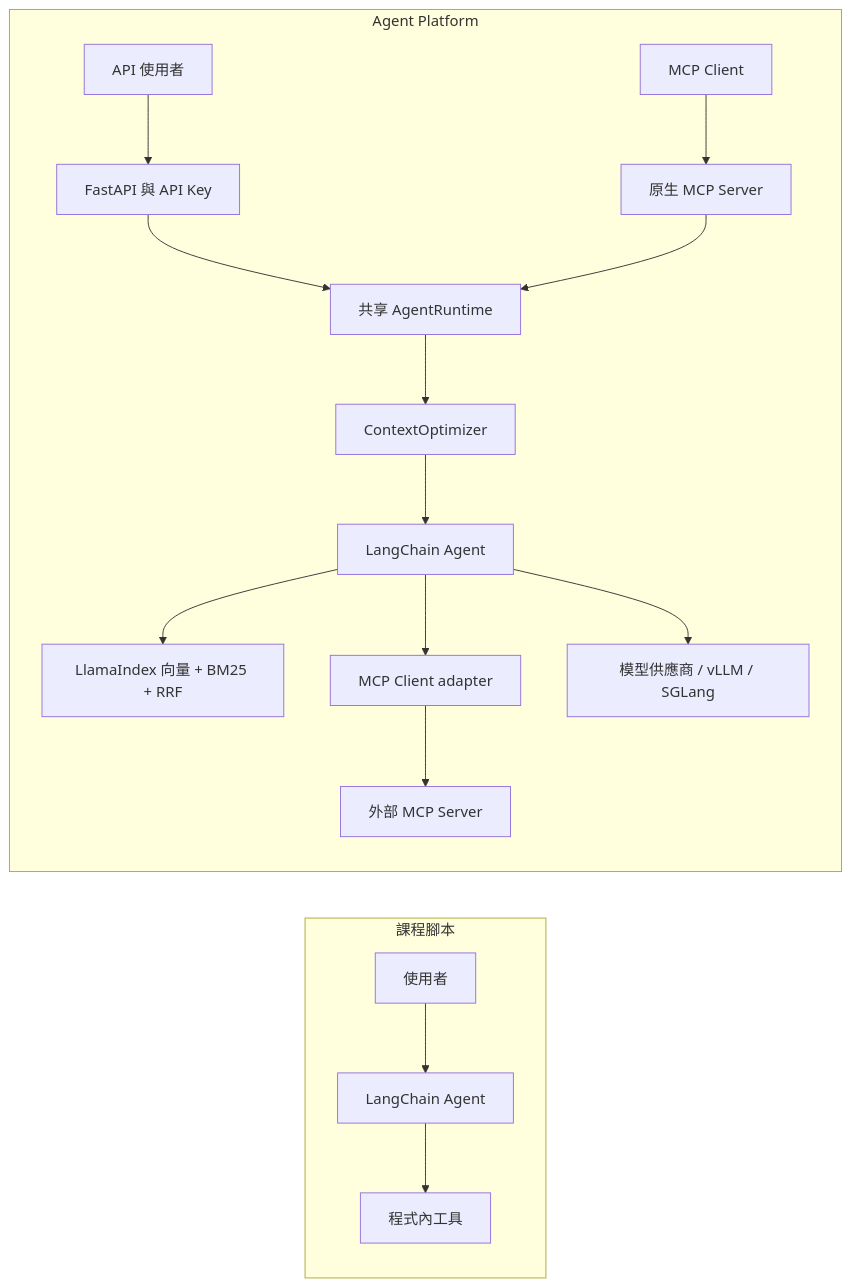
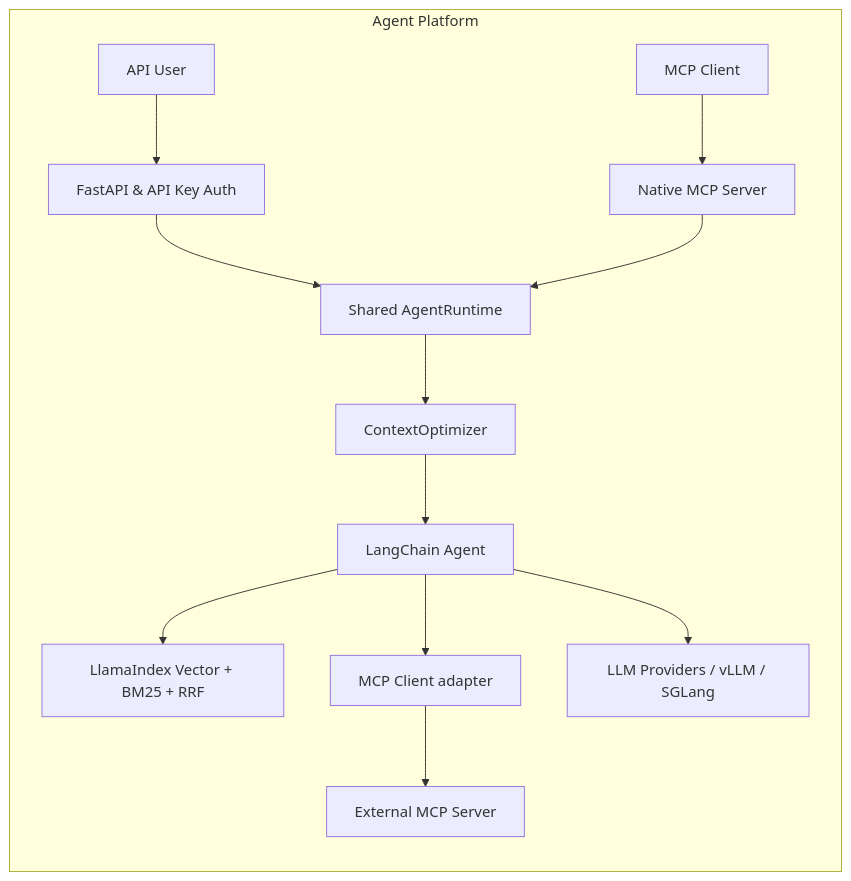
The diagram in agent-platform/README.md (JingLunHuang/LangChain), drawn with Mermaid before and after one commit. The commit also changed other lines of this file and 41 other files, not shown here.

````diff
--- a/agent-platform/README.md
+++ b/agent-platform/README.md
@@ -22,19 +23,15 @@
 ```mermaid
 flowchart LR
-    subgraph Course[課程腳本]
-      U1[使用者] --> L1[LangChain Agent]
-      L1 --> T1[程式內工具]
-    end
     subgraph Platform[Agent Platform]
-      U2[API 使用者] --> A[FastAPI 與 API Key]
-      C[MCP Client] --> M[原生 MCP Server]
-      A --> R[共享 AgentRuntime]
+      U2[API User] --> A[FastAPI & API Key Auth]
+      C[MCP Client] --> M[Native MCP Server]
+      A --> R[Shared AgentRuntime]
       M --> R
       R --> O[ContextOptimizer]
       O --> L[LangChain Agent]
-      L --> D[LlamaIndex 向量 + BM25 + RRF]
+      L --> D[LlamaIndex Vector + BM25 + RRF]
       L --> X[MCP Client adapter]
-      X --> E[外部 MCP Server]
-      L --> B[模型供應商 / vLLM / SGLang]
+      X --> E[External MCP Server]
+      L --> B[LLM Providers / vLLM / SGLang]
     end
 ```
````
